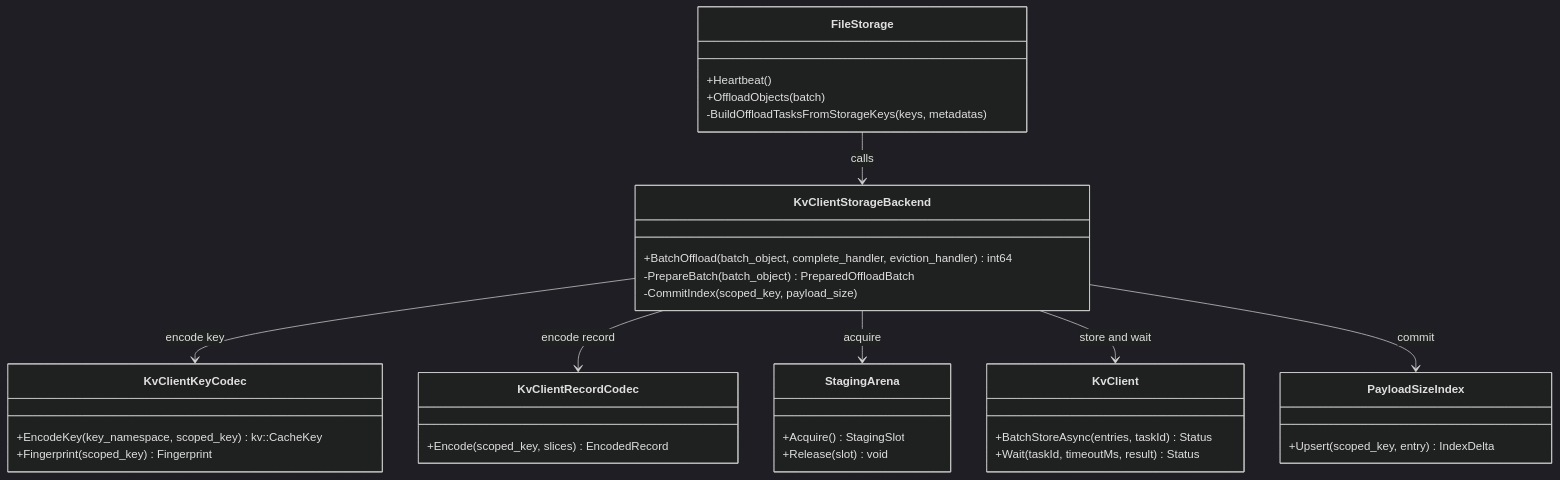
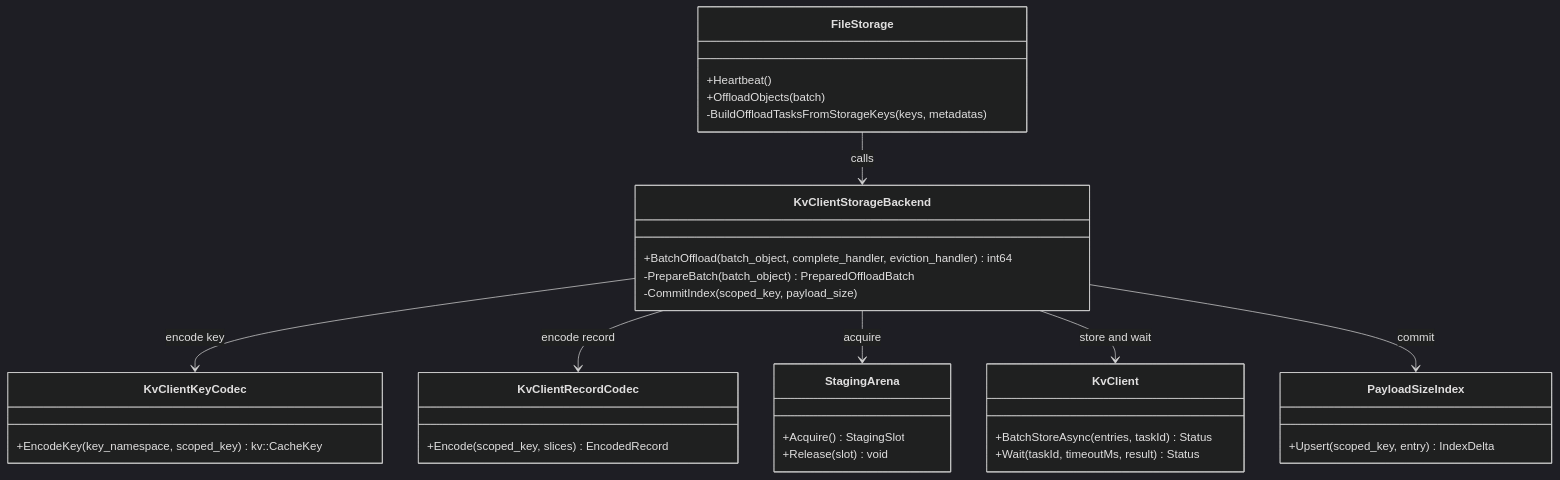
The sixth of 14 diagrams in kv-client-storage-backend.md (zwj20000328-dotcom/Mooncake-documents), drawn with Mermaid (dark theme) before and after one commit. The commit also changed other lines of this file and 1 other file, not shown here.

````diff
--- a/kv-client-storage-backend.md
+++ b/kv-client-storage-backend.md
@@ -864,37 +955,36 @@
 ```mermaid
 classDiagram
     class FileStorage {
         +Heartbeat()
         +OffloadObjects(batch)
         -BuildOffloadTasksFromStorageKeys(keys, metadatas)
     }
     class KvClientStorageBackend {
         +BatchOffload(batch_object, complete_handler, eviction_handler) int64
         -PrepareBatch(batch_object) PreparedOffloadBatch
         -CommitIndex(scoped_key, payload_size)
     }
     class KvClientKeyCodec {
         +EncodeKey(key_namespace, scoped_key) kv::CacheKey
-        +Fingerprint(scoped_key) Fingerprint
     }
     class KvClientRecordCodec {
         +Encode(scoped_key, slices) EncodedRecord
     }
     class StagingArena {
         +Acquire() StagingSlot
         +Release(slot) void
     }
     class KvClient {
         +BatchStoreAsync(entries, taskId) Status
         +Wait(taskId, timeoutMs, result) Status
     }
     class PayloadSizeIndex {
         +Upsert(scoped_key, entry) IndexDelta
     }
     FileStorage --> KvClientStorageBackend : calls
     KvClientStorageBackend --> KvClientKeyCodec : encode key
     KvClientStorageBackend --> KvClientRecordCodec : encode record
     KvClientStorageBackend --> StagingArena : acquire
     KvClientStorageBackend --> KvClient : store and wait
     KvClientStorageBackend --> PayloadSizeIndex : commit
 ```
````
